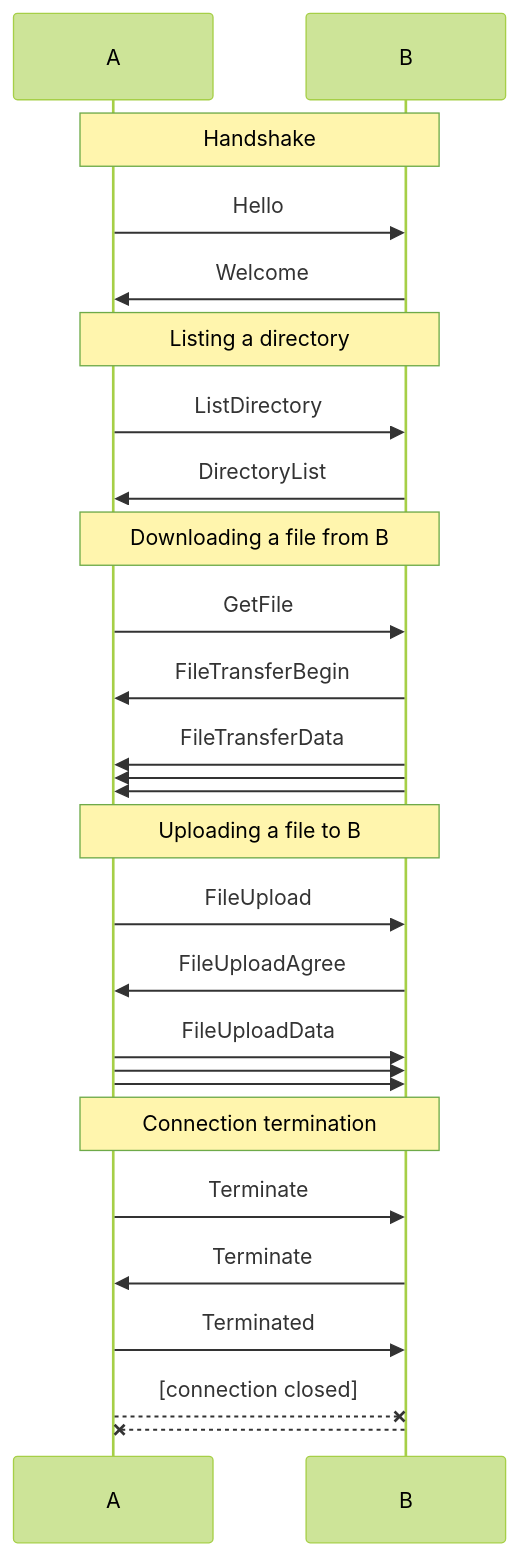
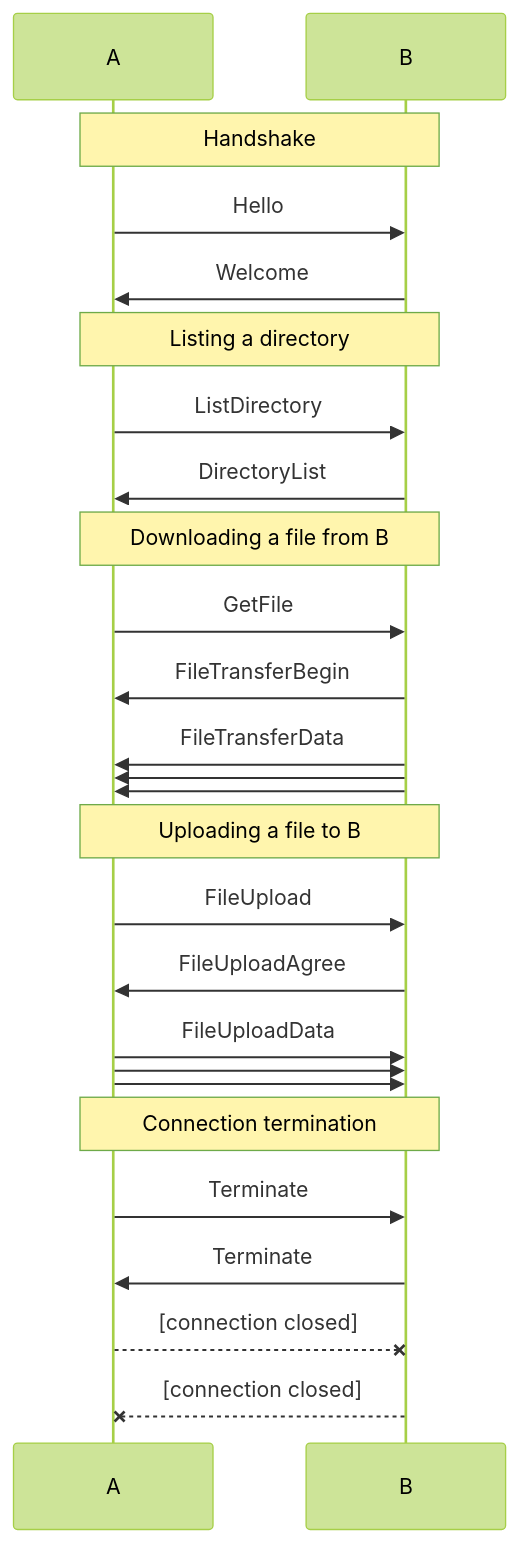
The diagram in README.md (diamondburned/wftp), drawn with Mermaid (forest theme) before and after one commit. The commit also changed 9 other files, not shown here.

````diff
--- a/README.md
+++ b/README.md
@@ -98,28 +98,27 @@
 ```mermaid
 sequenceDiagram
     Note over A, B: Handshake
     A->>B: Hello
     B->>A: Welcome
     Note over A, B: Listing a directory
     A->>B: ListDirectory
     B->>A: DirectoryList
     Note over A, B: Downloading a file from B
     A->>B: GetFile
     B->>A: FileTransferBegin
     B->>A: FileTransferData
     B->>A: 
     B->>A: 
     Note over A, B: Uploading a file to B
     A->>B: FileUpload
     B->>A: FileUploadAgree
     A->>B: FileUploadData
     A->>B: 
     A->>B: 
     Note over A, B: Connection termination
     A->>B: Terminate
     B->>A: Terminate
-    A->>B: Terminated
     A--xB: [connection closed]
-    B--xA: 
+    B--xA: [connection closed]
 
 ```
````
